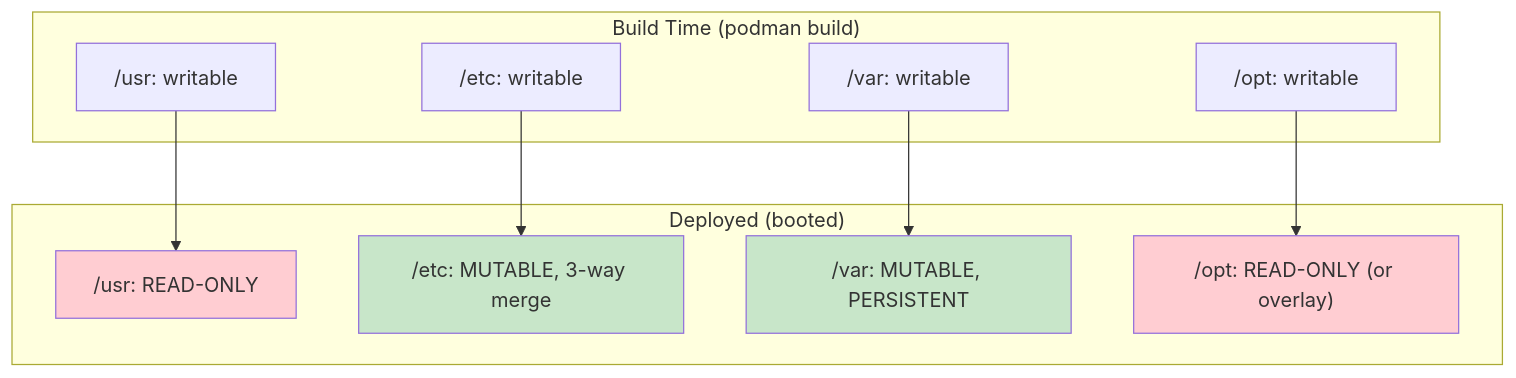
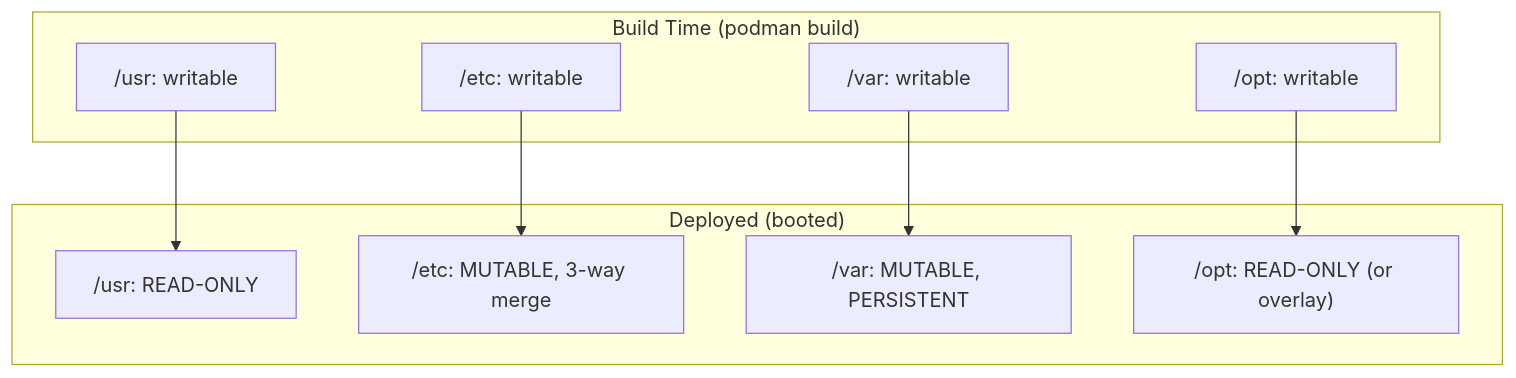
The second of 2 diagrams in docs/003-filesystem-layout.md (duyhenryer/bootc-testboot), drawn with Mermaid before and after one commit. The commit also changed other lines of this file and 24 other files, not shown here.

````diff
--- a/docs/003-filesystem-layout.md
+++ b/docs/003-filesystem-layout.md
@@ -267,26 +267,21 @@
 ```mermaid
 flowchart TB
     subgraph Build["Build Time (podman build)"]
         B_USR["/usr: writable"]
         B_ETC["/etc: writable"]
         B_VAR["/var: writable"]
         B_OPT["/opt: writable"]
     end
 
     subgraph Deploy["Deployed (booted)"]
         D_USR["/usr: READ-ONLY"]
         D_ETC["/etc: MUTABLE, 3-way merge"]
         D_VAR["/var: MUTABLE, PERSISTENT"]
         D_OPT["/opt: READ-ONLY (or overlay)"]
     end
 
     B_USR --> D_USR
     B_ETC --> D_ETC
     B_VAR --> D_VAR
     B_OPT --> D_OPT
-
-    style D_USR fill:#ffcdd2
-    style D_ETC fill:#c8e6c9
-    style D_VAR fill:#c8e6c9
-    style D_OPT fill:#ffcdd2
 ```
````
